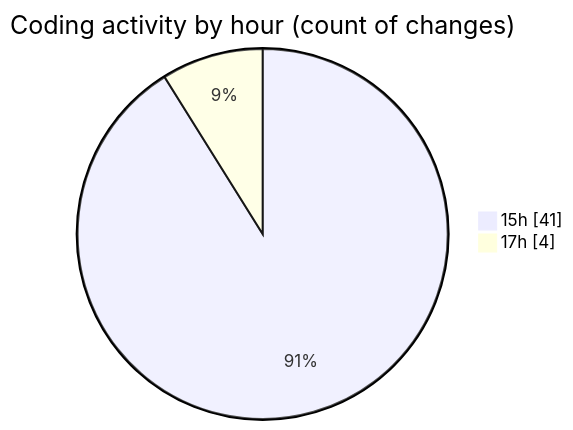
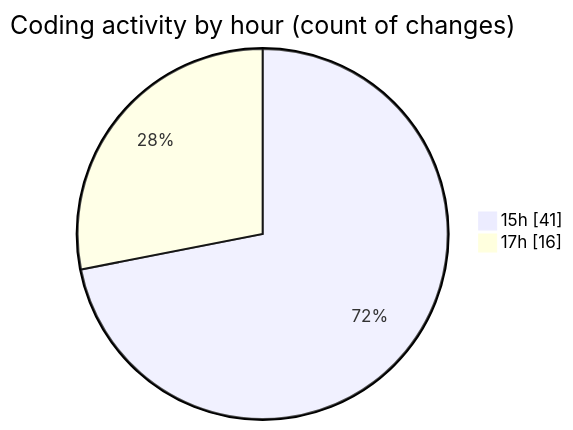
The second of 2 diagrams in 2025-10-26/skintrack/README.md (Netris89/code-tracking), drawn with Mermaid before and after one commit. The commit also changed other lines of this file and 1 other file, not shown here.

````diff
--- a/2025-10-26/skintrack/README.md
+++ b/2025-10-26/skintrack/README.md
@@ -33,6 +36,6 @@
 ```mermaid
 pie showData
 title Coding activity by hour (count of changes)
 "15h" : 41
-"17h" : 4
+"17h" : 16
 ```
````
